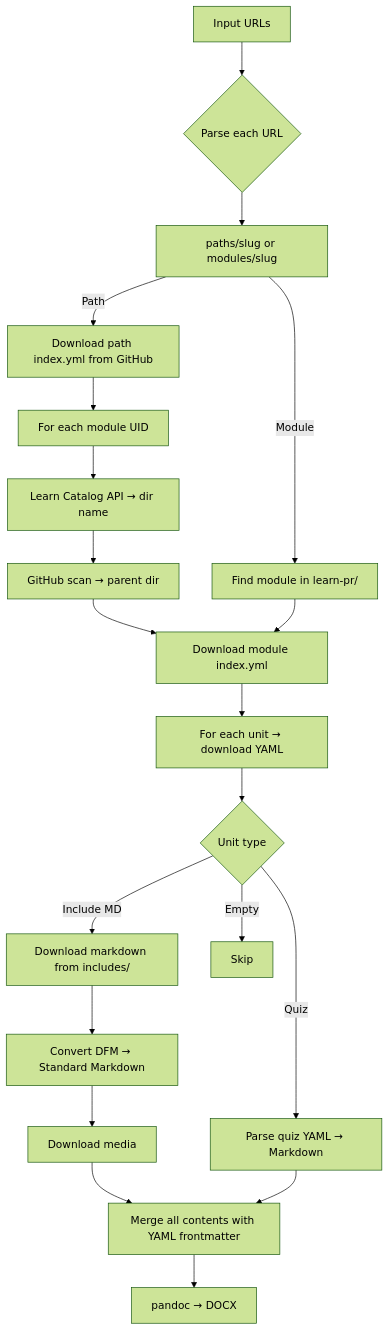
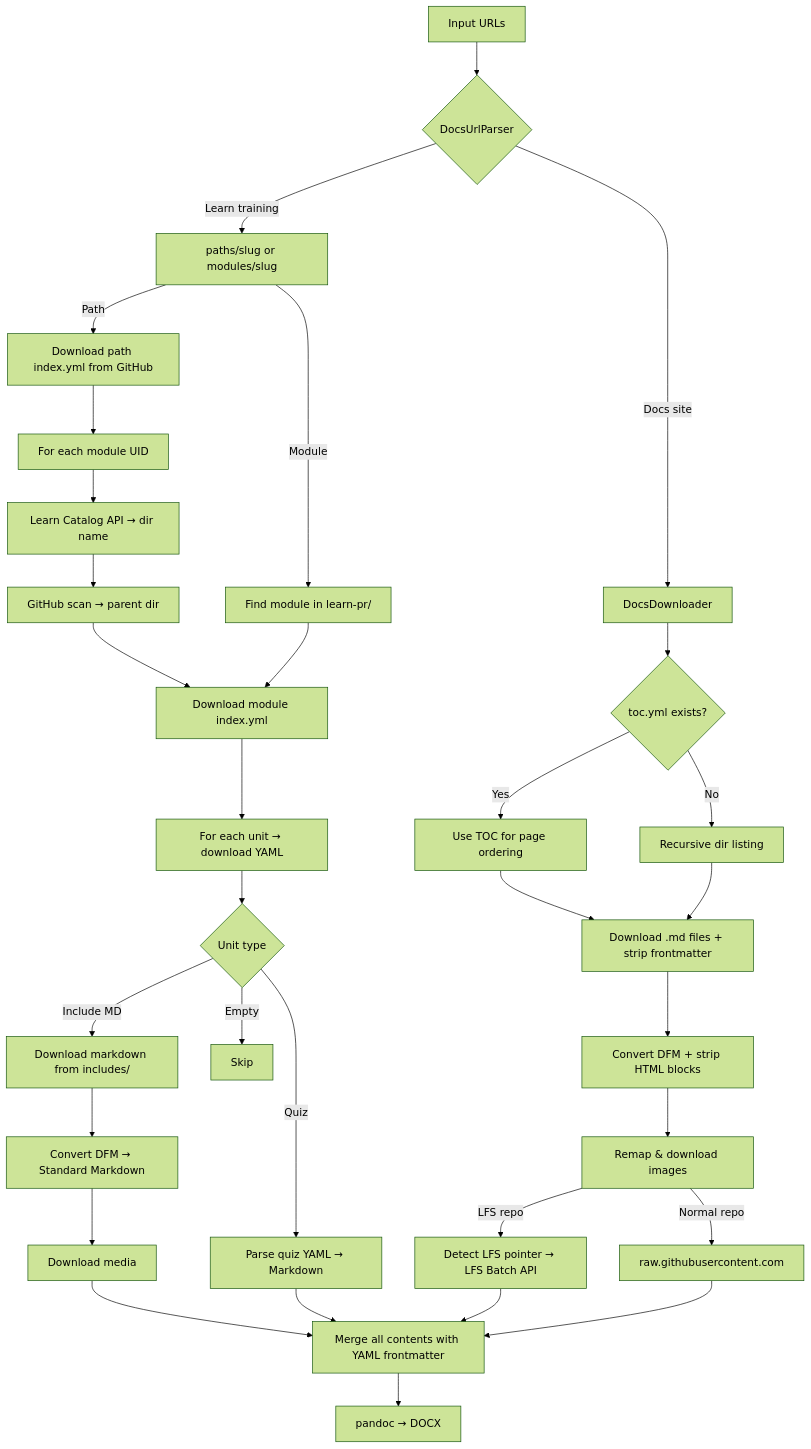
The diagram in README.md (ricibald/msft-learn-to-docx), drawn with Mermaid (forest theme) before and after one commit. The commit also changed other lines of this file and 21 other files, not shown here.

First line of the commit message:
feat: add DocsUrlParser for parsing Microsoft Learn and GitHub documentation URLs

````diff
--- a/README.md
+++ b/README.md
@@ -408,22 +457,37 @@
 ```mermaid
 graph TD
-    A[Input URLs] --> B{Parse each URL}
-    B --> C[paths/slug or modules/slug]
+    A[Input URLs] --> B{DocsUrlParser}
+    B -->|Learn training| C[paths/slug or modules/slug]
+    B -->|Docs site| S[DocsDownloader]
+
     C -->|Path| D[Download path index.yml from GitHub]
     C -->|Module| E[Find module in learn-pr/]
     D --> F[For each module UID]
     F --> G[Learn Catalog API → dir name]
     G --> H[GitHub scan → parent dir]
     H --> I[Download module index.yml]
     I --> J[For each unit → download YAML]
     J --> K{Unit type}
     K -->|Include MD| L[Download markdown from includes/]
     K -->|Quiz| M[Parse quiz YAML → Markdown]
     K -->|Empty| N[Skip]
     L --> O[Convert DFM → Standard Markdown]
     O --> P[Download media]
     E --> I
+
+    S --> T{toc.yml exists?}
+    T -->|Yes| U[Use TOC for page ordering]
+    T -->|No| V[Recursive dir listing]
+    U --> W[Download .md files + strip frontmatter]
+    V --> W
+    W --> X[Convert DFM + strip HTML blocks]
+    X --> Y[Remap & download images]
+    Y -->|LFS repo| Z[Detect LFS pointer → LFS Batch API]
+    Y -->|Normal repo| AA[raw.githubusercontent.com]
+
     P --> Q[Merge all contents with YAML frontmatter]
     M --> Q
+    Z --> Q
+    AA --> Q
     Q --> R[pandoc → DOCX]
 ```
````
